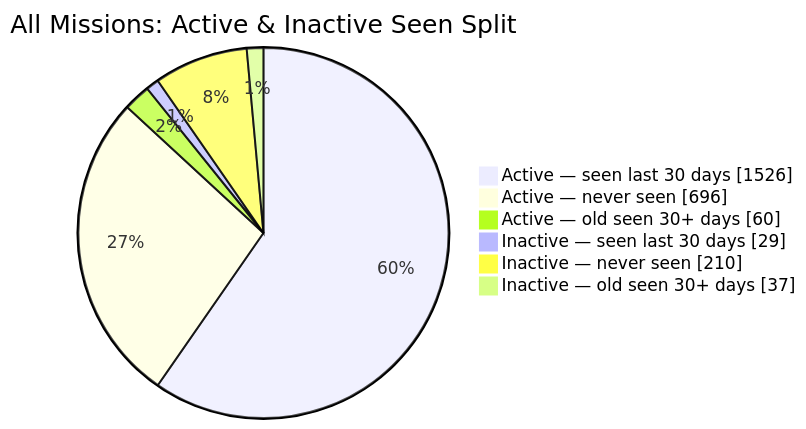
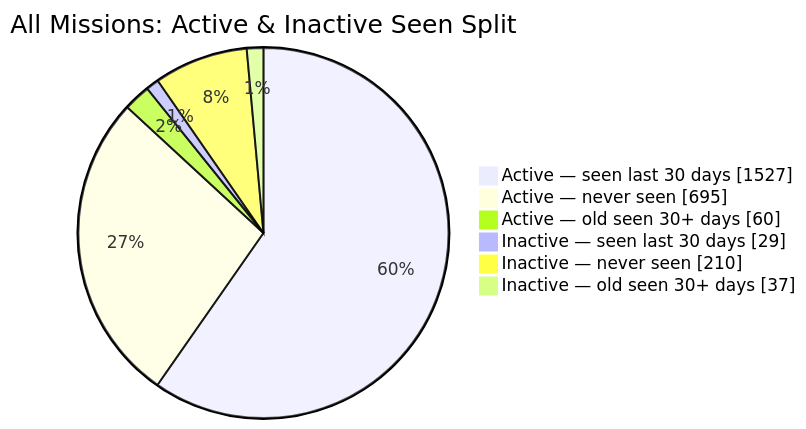
The second of 2 diagrams in README.md (MeldkamerspelGameTeam/active-missions), drawn with Mermaid before and after one commit. The commit also changed other lines of this file and 2 other files, not shown here.

````diff
--- a/README.md
+++ b/README.md
@@ -44,10 +44,10 @@
 ```mermaid
 pie showData
     title All Missions: Active & Inactive Seen Split
-    "Active — seen last 30 days" : 1526
-    "Active — never seen" : 696
+    "Active — seen last 30 days" : 1527
+    "Active — never seen" : 695
     "Active — old seen 30+ days" : 60
     "Inactive — seen last 30 days" : 29
     "Inactive — never seen" : 210
     "Inactive — old seen 30+ days" : 37
 ```
````
